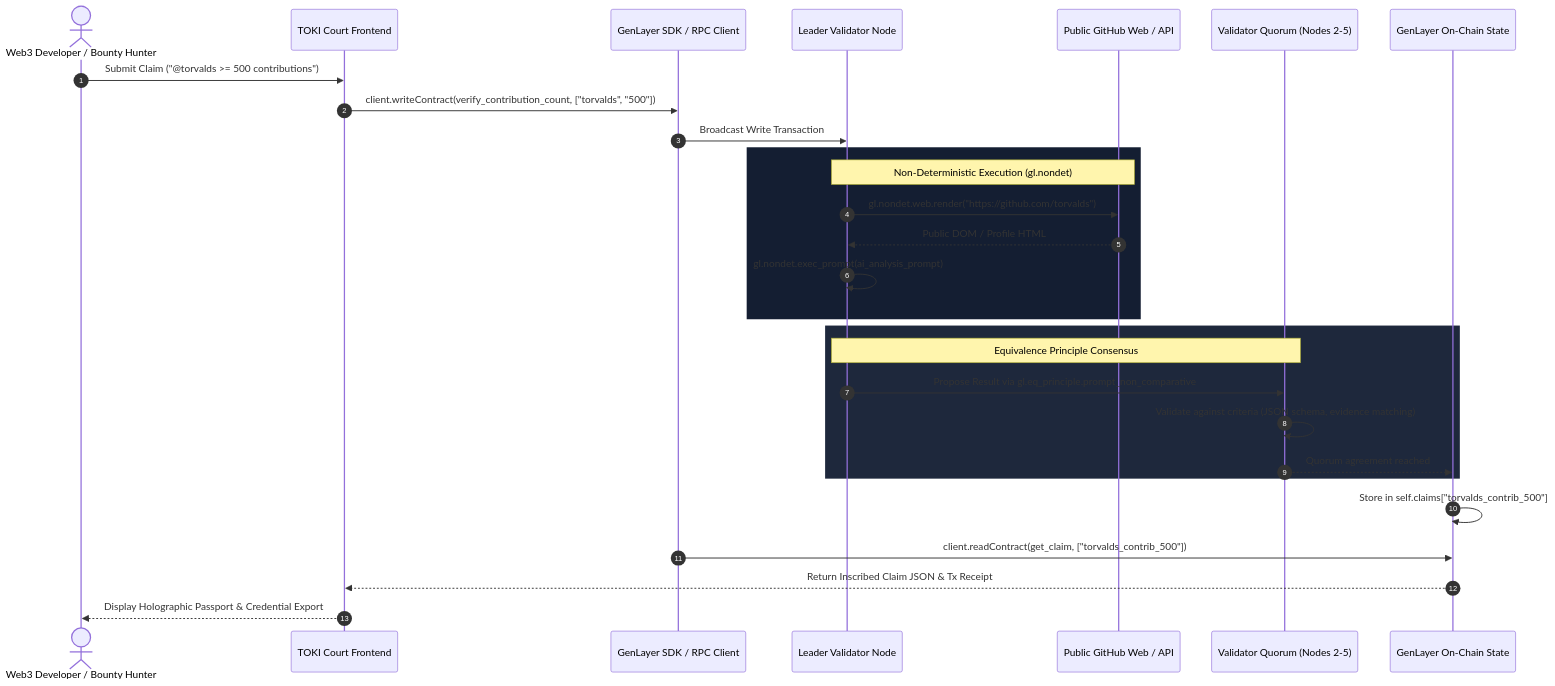
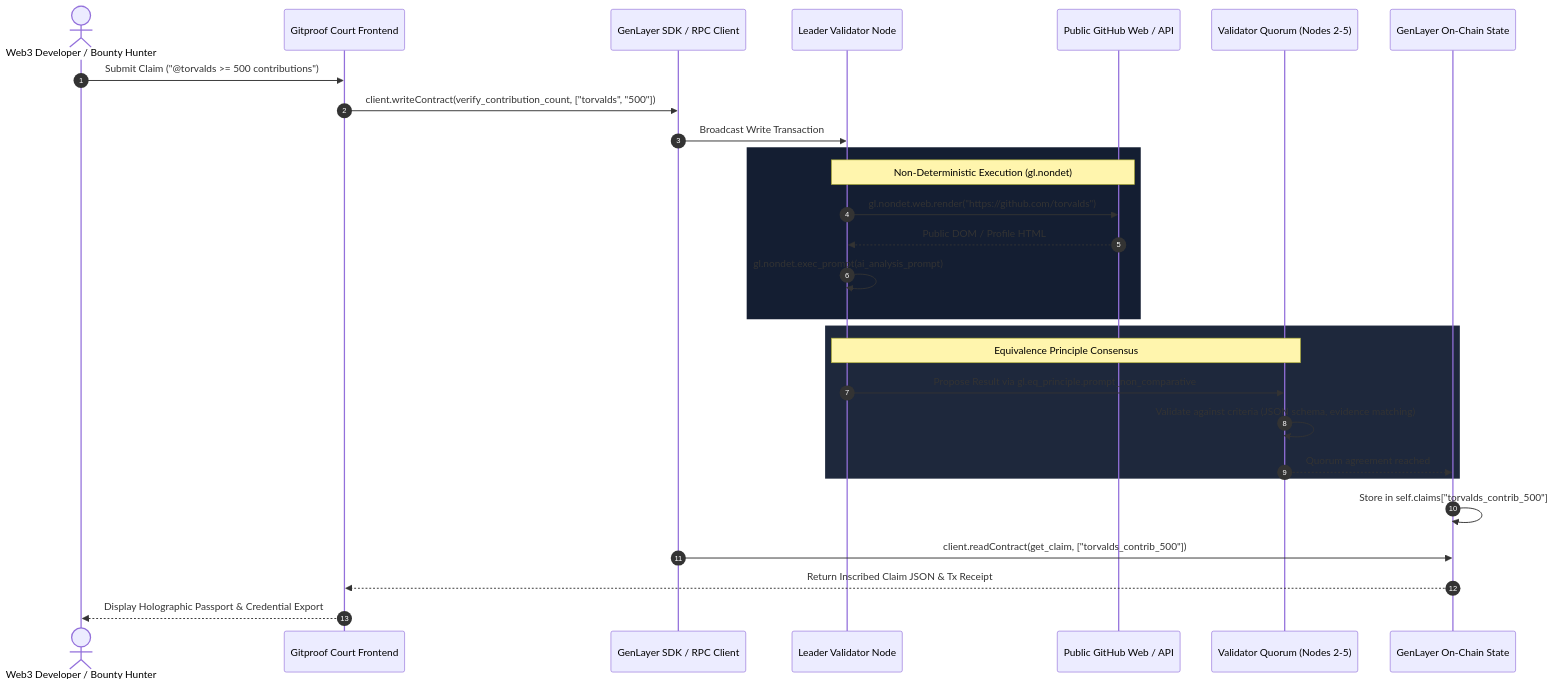
The diagram in README.md (KennyGodman/Gitproof), drawn with Mermaid before and after one commit. The commit also changed other lines of this file and 6 other files, not shown here.

````diff
--- a/README.md
+++ b/README.md
@@ -32,34 +32,34 @@
 ```mermaid
 sequenceDiagram
     autonumber
     actor User as Web3 Developer / Bounty Hunter
-    participant DApp as TOKI Court Frontend
+    participant DApp as Gitproof Court Frontend
     participant Provider as GenLayer SDK / RPC Client
     participant Leader as Leader Validator Node
     participant GitHub as Public GitHub Web / API
     participant Nodes as Validator Quorum (Nodes 2-5)
     participant State as GenLayer On-Chain State
 
     User->>DApp: Submit Claim ("@torvalds >= 500 contributions")
     DApp->>Provider: client.writeContract(verify_contribution_count, ["torvalds", "500"])
     Provider->>Leader: Broadcast Write Transaction
     
     rect rgb(20, 30, 50)
     Note over Leader,GitHub: Non-Deterministic Execution (gl.nondet)
     Leader->>GitHub: gl.nondet.web.render("https://github.com/torvalds")
     GitHub-->>Leader: Public DOM / Profile HTML
     Leader->>Leader: gl.nondet.exec_prompt(ai_analysis_prompt)
     end
 
     rect rgb(30, 40, 60)
     Note over Leader,Nodes: Equivalence Principle Consensus
     Leader->>Nodes: Propose Result via gl.eq_principle.prompt_non_comparative
     Nodes->>Nodes: Validate against criteria (JSON schema, evidence matching)
     Nodes-->>State: Quorum agreement reached
     end
 
     State->>State: Store in self.claims["torvalds_contrib_500"]
     Provider->>State: client.readContract(get_claim, ["torvalds_contrib_500"])
     State-->>DApp: Return Inscribed Claim JSON & Tx Receipt
     DApp-->>User: Display Holographic Passport & Credential Export
 ```
````
